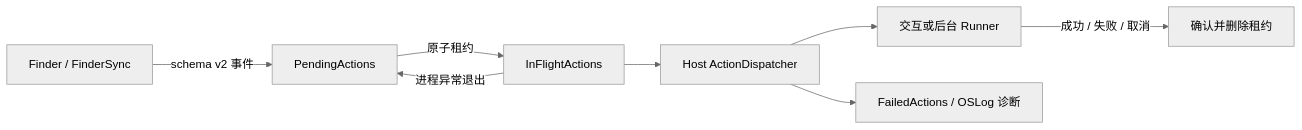
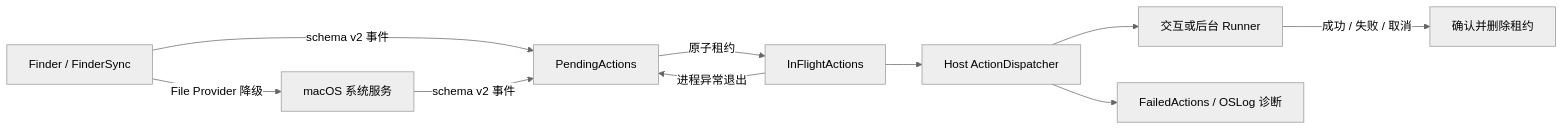
One commit to guyue55/MacRightClick changed the diagram in README.md. Above: the diagram before and after it, drawn with Mermaid (neutral theme). The commit also changed other lines of this file and 17 other files, not shown here.

````diff
--- a/README.md
+++ b/README.md
@@ -61,10 +61,12 @@
 ```mermaid
 flowchart LR
     F[Finder / FinderSync] -->|schema v2 事件| P[PendingActions]
+    F -->|File Provider 降级| S[macOS 系统服务]
+    S -->|schema v2 事件| P
     P -->|原子租约| I[InFlightActions]
     I --> H[Host ActionDispatcher]
     H --> R[交互或后台 Runner]
     R -->|成功 / 失败 / 取消| A[确认并删除租约]
     I -->|进程异常退出| P
     H --> D[FailedActions / OSLog 诊断]
 ```
````
